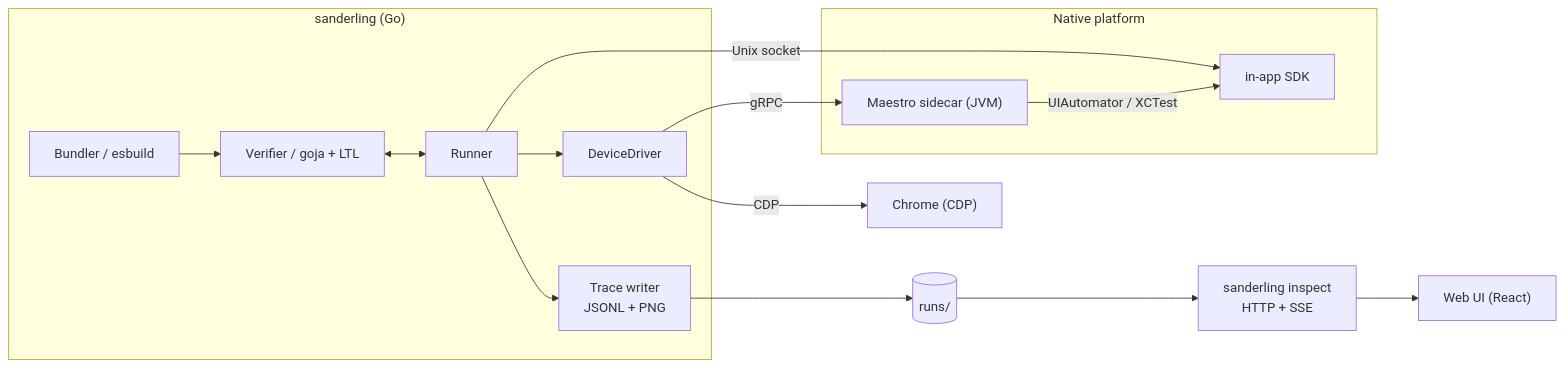
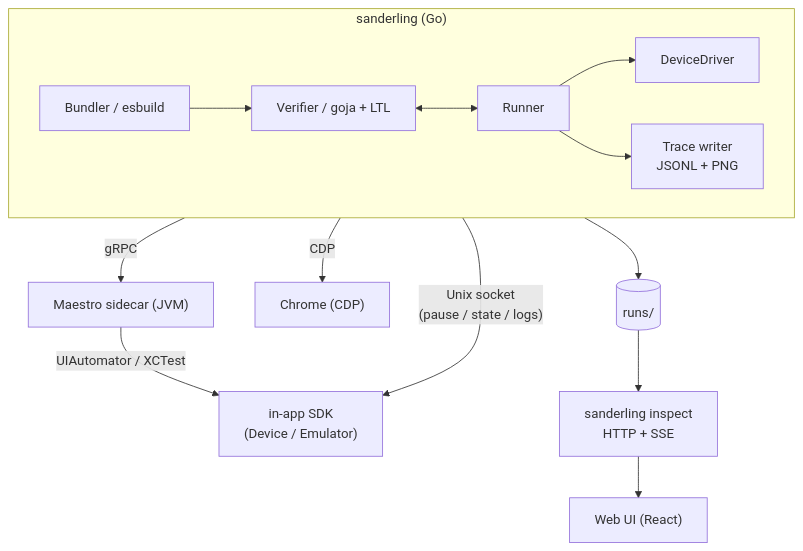
One commit to priyanshujain/sanderling changed the diagram in docs/development/architecture.md. Above: the diagram before and after it, drawn with Mermaid.

Commit message:
docs(architecture): change diagram layout from LR to TB

````diff
--- a/docs/development/architecture.md
+++ b/docs/development/architecture.md
@@ -7,25 +7,24 @@
 ```mermaid
-flowchart LR
+flowchart TB
     subgraph go["sanderling (Go)"]
+        direction LR
         B["Bundler / esbuild"] --> V["Verifier / goja + LTL"]
         V <--> R["Runner"]
         R --> D["DeviceDriver"]
         R --> T["Trace writer\nJSONL + PNG"]
     end
 
-    subgraph native["Native platform"]
-        SC["Maestro sidecar (JVM)"]
-        SDK["in-app SDK"]
-        SC -->|UIAutomator / XCTest| SDK
-    end
-
+    SC["Maestro sidecar (JVM)"]
+    SDK["in-app SDK\n(Device / Emulator)"]
     CH["Chrome (CDP)"]
+    RD[("runs/")]
+    IN["sanderling inspect\nHTTP + SSE"]
+    UI["Web UI (React)"]
 
     D -->|gRPC| SC
-    R -->|Unix socket| SDK
+    SC -->|UIAutomator / XCTest| SDK
+    R -->|"Unix socket<br/>(pause / state / logs)"| SDK
     D -->|CDP| CH
 
-    T --> RD[("runs/")]
-    RD --> IN["sanderling inspect\nHTTP + SSE"]
-    IN --> UI["Web UI (React)"]
+    T --> RD --> IN --> UI
 ```
````
